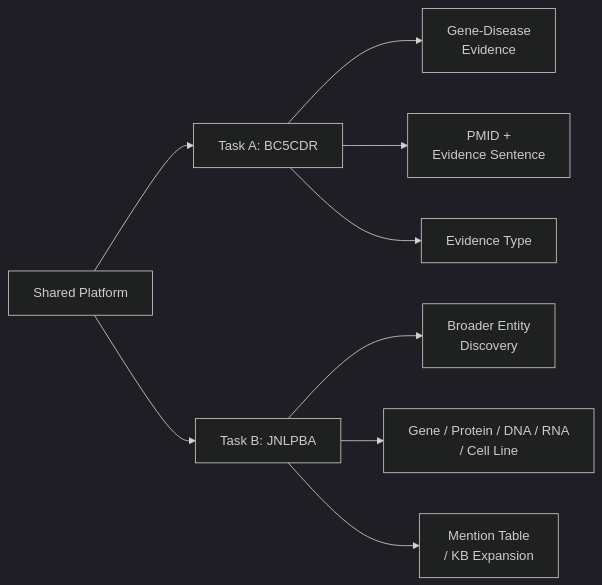
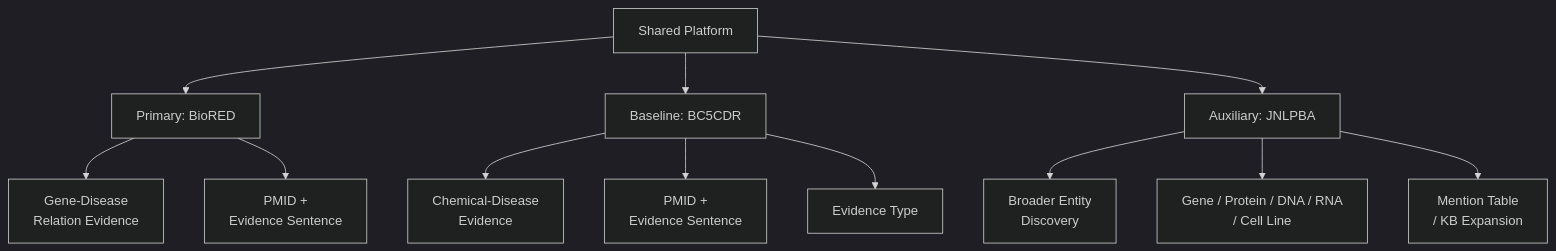
The second of 2 diagrams in doc/system_architecture_diagram.md (Yi104/biomedical_literature_intelligence_engine), drawn with Mermaid (dark theme) before and after one commit. The commit also changed other lines of this file and 32 other files, not shown here.

Commit message:
add BioRED

````diff
--- a/doc/system_architecture_diagram.md
+++ b/doc/system_architecture_diagram.md
@@ -29,13 +32,16 @@
 ```mermaid
-flowchart LR
-    P[Shared Platform] --> A1[Task A: BC5CDR]
-    P --> B1[Task B: JNLPBA]
+flowchart TD
+    P[Shared Platform] --> R1[Primary: BioRED]
+    P --> A1[Baseline: BC5CDR]
+    P --> B1[Auxiliary: JNLPBA]
 
-    A1 --> A2[Gene-Disease<br/>Evidence]
+    R1 --> R2[Gene-Disease<br/>Relation Evidence]
+    R1 --> R3[PMID +<br/>Evidence Sentence]
+    A1 --> A2[Chemical-Disease<br/>Evidence]
     A1 --> A3[PMID +<br/>Evidence Sentence]
     A1 --> A4[Evidence Type]
 
     B1 --> B2[Broader Entity<br/>Discovery]
     B1 --> B3[Gene / Protein / DNA / RNA<br/>/ Cell Line]
     B1 --> B4[Mention Table<br/>/ KB Expansion]
 ```
````
